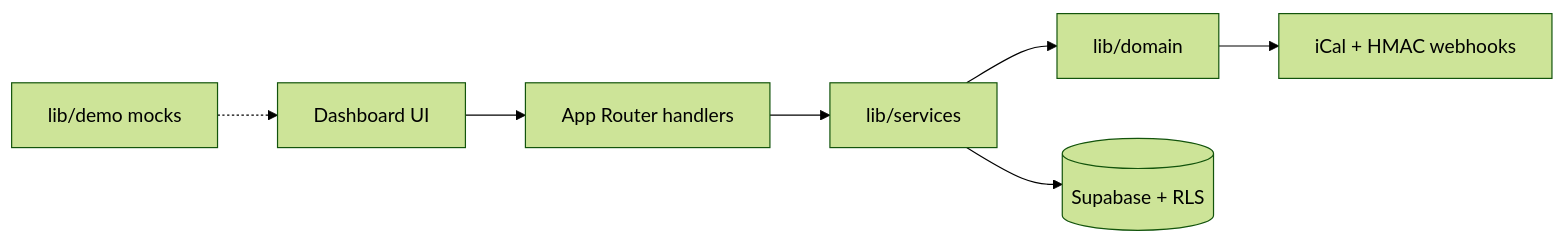
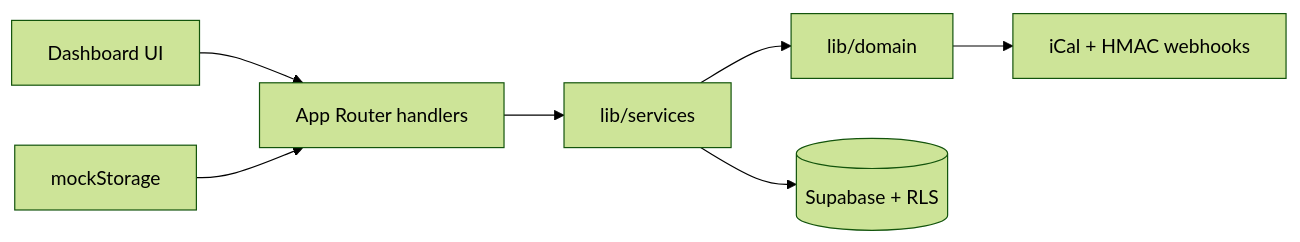
One commit to ironsignalworks/hospitality-dashboard changed the diagram in README.md. Above: the diagram before and after it, drawn with Mermaid (forest theme). The commit also changed other lines of this file and 7 other files, not shown here.

````diff
--- a/README.md
+++ b/README.md
@@ -52,9 +52,9 @@
 ```mermaid
 flowchart LR
   UI["Dashboard UI"] --> API["App Router handlers"]
   API --> Svc["lib/services"]
   Svc --> Domain["lib/domain"]
   Domain --> ICal["iCal + HMAC webhooks"]
   Svc --> SB[("Supabase + RLS")]
-  Demo["lib/demo mocks"] -.-> UI
+  Demo["mockStorage"] --> API
 ```
````
